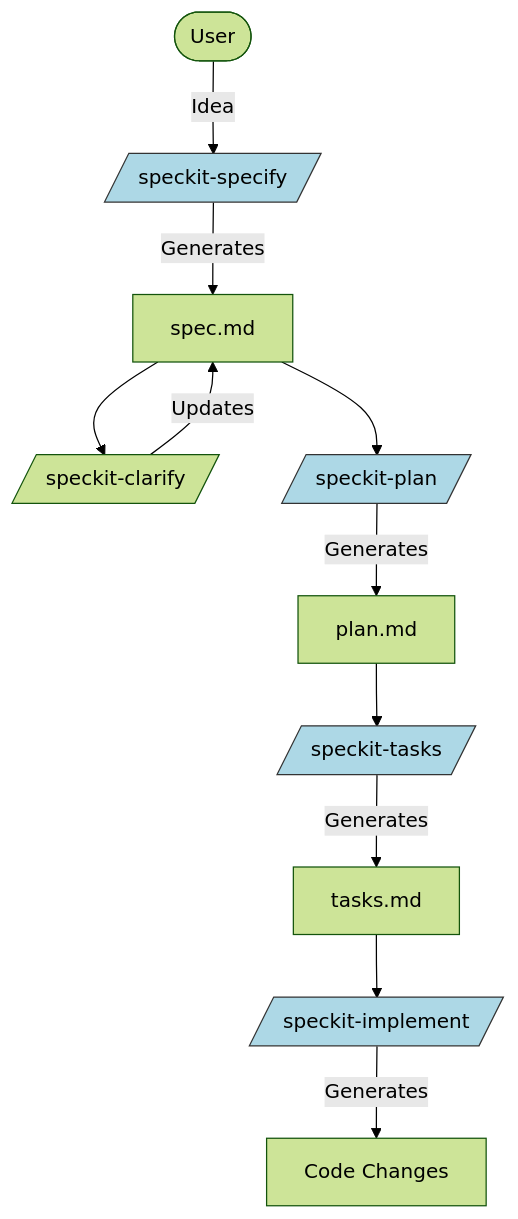
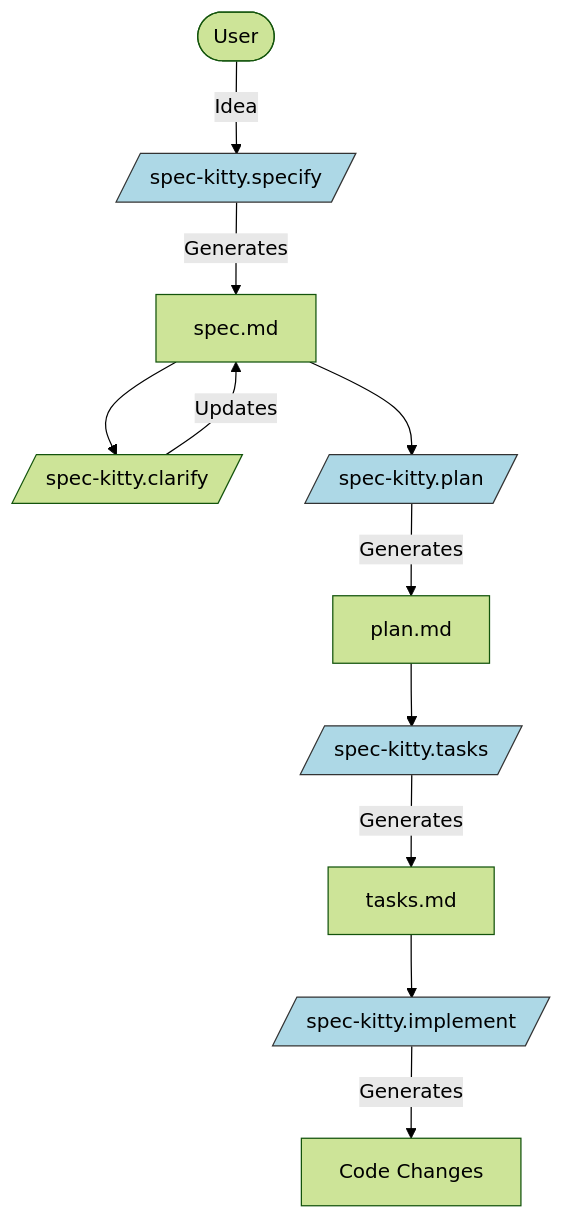
Before and after one commit to richfrem/Project_Sanctuary: the diagram in docs/diagrams/analysis/sdd-workflow-comparison/speckit-workflow.mmd, drawn with Mermaid (forest theme). The commit also changed 237 other files, not shown here.

```diff
--- a/docs/diagrams/analysis/sdd-workflow-comparison/speckit-workflow.mmd
+++ b/docs/diagrams/analysis/sdd-workflow-comparison/speckit-workflow.mmd
@@ -1,32 +1,32 @@
 graph TD
     User([User])
-    Specify[/speckit-specify/]
-    Clarify[/speckit-clarify/]
-    Plan[/speckit-plan/]
-    Tasks[/speckit-tasks/]
-    Implement[/speckit-implement/]
+    Specify[/spec-kitty.specify/]
+    Clarify[/spec-kitty.clarify/]
+    Plan[/spec-kitty.plan/]
+    Tasks[/spec-kitty.tasks/]
+    Implement[/spec-kitty.implement/]
     
     SpecArtifact[spec.md]
     PlanArtifact[plan.md]
     TaskArtifact[tasks.md]
     Code[Code Changes]
 
     User -->|Idea| Specify
     Specify -->|Generates| SpecArtifact
     
     SpecArtifact --> Clarify
     Clarify -->|Updates| SpecArtifact
     
     SpecArtifact --> Plan
     Plan -->|Generates| PlanArtifact
     
     PlanArtifact --> Tasks
     Tasks -->|Generates| TaskArtifact
     
     TaskArtifact --> Implement
     Implement -->|Generates| Code
 
     style Specify fill:#ADD8E6,stroke:#333
     style Plan fill:#ADD8E6,stroke:#333
     style Tasks fill:#ADD8E6,stroke:#333
     style Implement fill:#ADD8E6,stroke:#333
```
